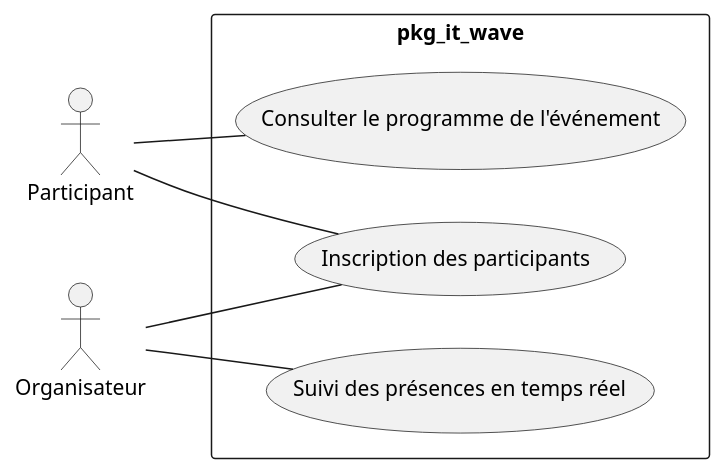
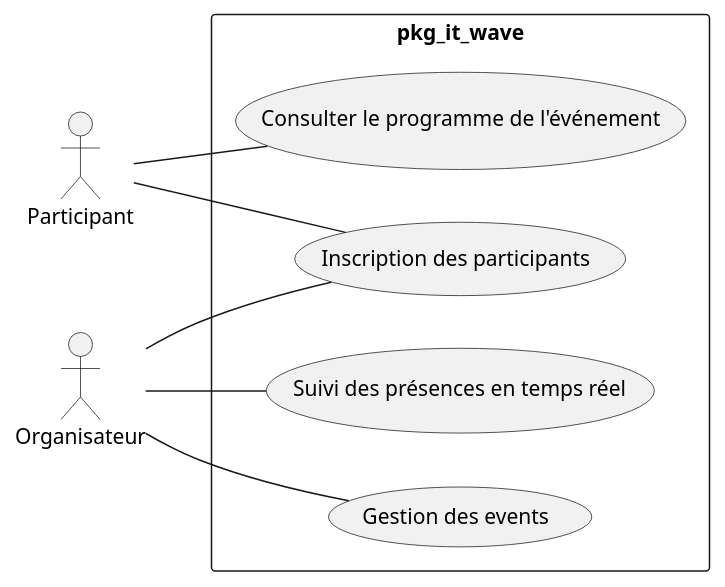
The diagram in branch_fonctionnell/analys/useCase1.PUML (AyoubyAmazu/ui_ux), drawn with PlantUML before and after one commit. The commit also changed 11 other files, not shown here.

```diff
--- a/branch_fonctionnell/analys/useCase1.PUML
+++ b/branch_fonctionnell/analys/useCase1.PUML
@@ -1,25 +1,26 @@
 @startuml
 
 left to right direction
 
 actor "Participant" as Participant
 actor "Organisateur" as Organisateur
 
 rectangle pkg_it_wave {
   usecase "Inscription des participants" as uc1
   usecase "Consulter le programme de l'événement" as uc3
   usecase "Suivi des présences en temps réel" as uc4
-
+usecase "Gestion des events" as uc5
 
 }
 ' Participant use cases
 
 Participant -- uc1
 Participant -- uc3
 
 ' Organisateur use cases
 Organisateur -- uc1
 Organisateur -- uc4
+Organisateur -- uc5
 
 
 @enduml
```
